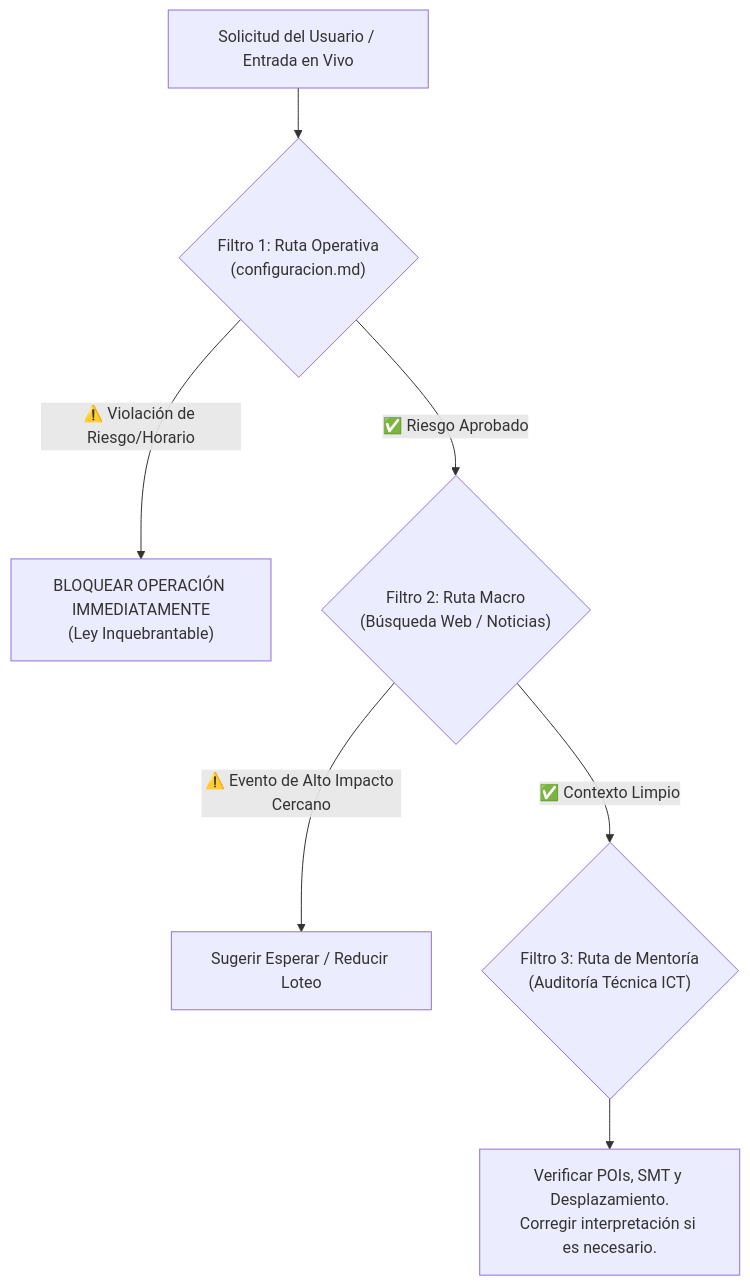
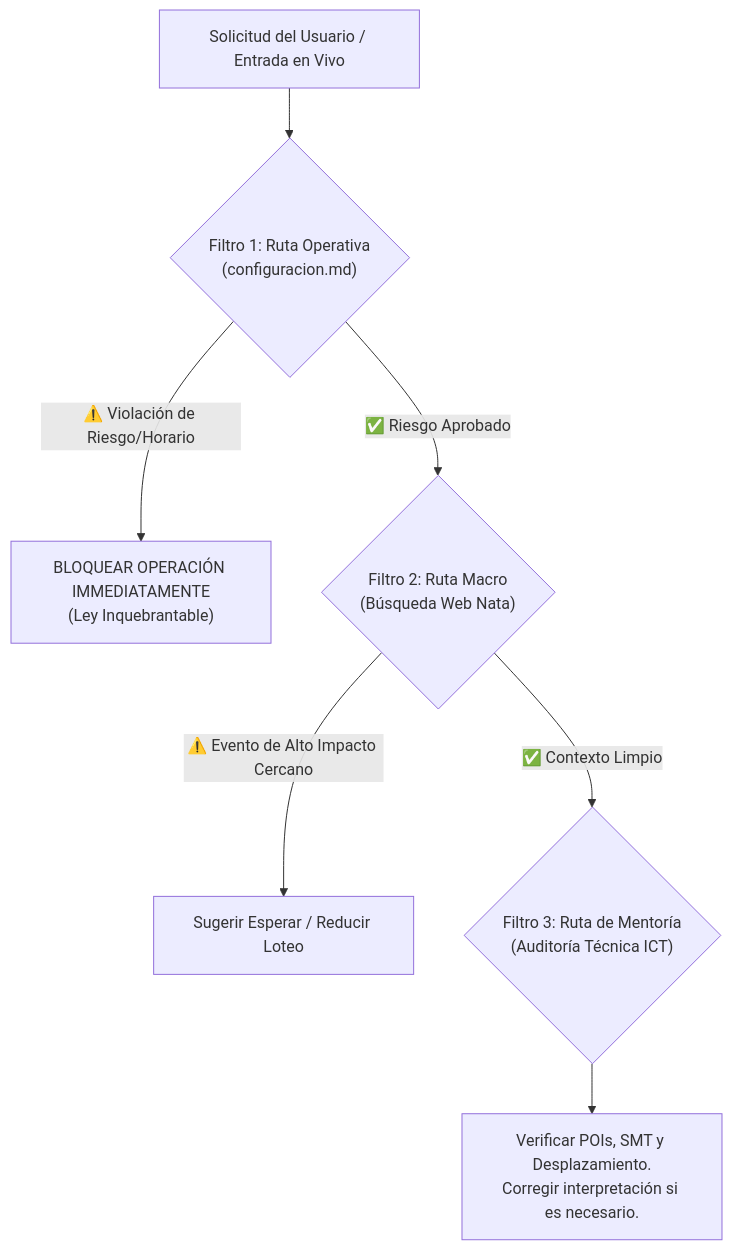
One commit to Sama170904/TRcli changed the second of 2 diagrams in scratch/architectural_proposal_analysis.md. Above: the diagram before and after it, drawn with Mermaid. The commit also changed other lines of this file and 20 other files, not shown here.

````diff
--- a/scratch/architectural_proposal_analysis.md
+++ b/scratch/architectural_proposal_analysis.md
@@ -53,9 +51,9 @@
 ```mermaid
 graph TD
     A["Solicitud del Usuario / Entrada en Vivo"] --> B{"Filtro 1: Ruta Operativa\n(configuracion.md)"}
     B -- "⚠️ Violación de Riesgo/Horario" --> C["BLOQUEAR OPERACIÓN IMMEDIATAMENTE\n(Ley Inquebrantable)"]
-    B -- "✅ Riesgo Aprobado" --> D{"Filtro 2: Ruta Macro\n(Búsqueda Web / Noticias)"}
+    B -- "✅ Riesgo Aprobado" --> D{"Filtro 2: Ruta Macro\n(Búsqueda Web Nata)"}
     D -- "⚠️ Evento de Alto Impacto Cercano" --> E["Sugerir Esperar / Reducir Loteo"]
     D -- "✅ Contexto Limpio" --> F{"Filtro 3: Ruta de Mentoría\n(Auditoría Técnica ICT)"}
     F --> G["Verificar POIs, SMT y Desplazamiento.\nCorregir interpretación si es necesario."]
 ```
````
